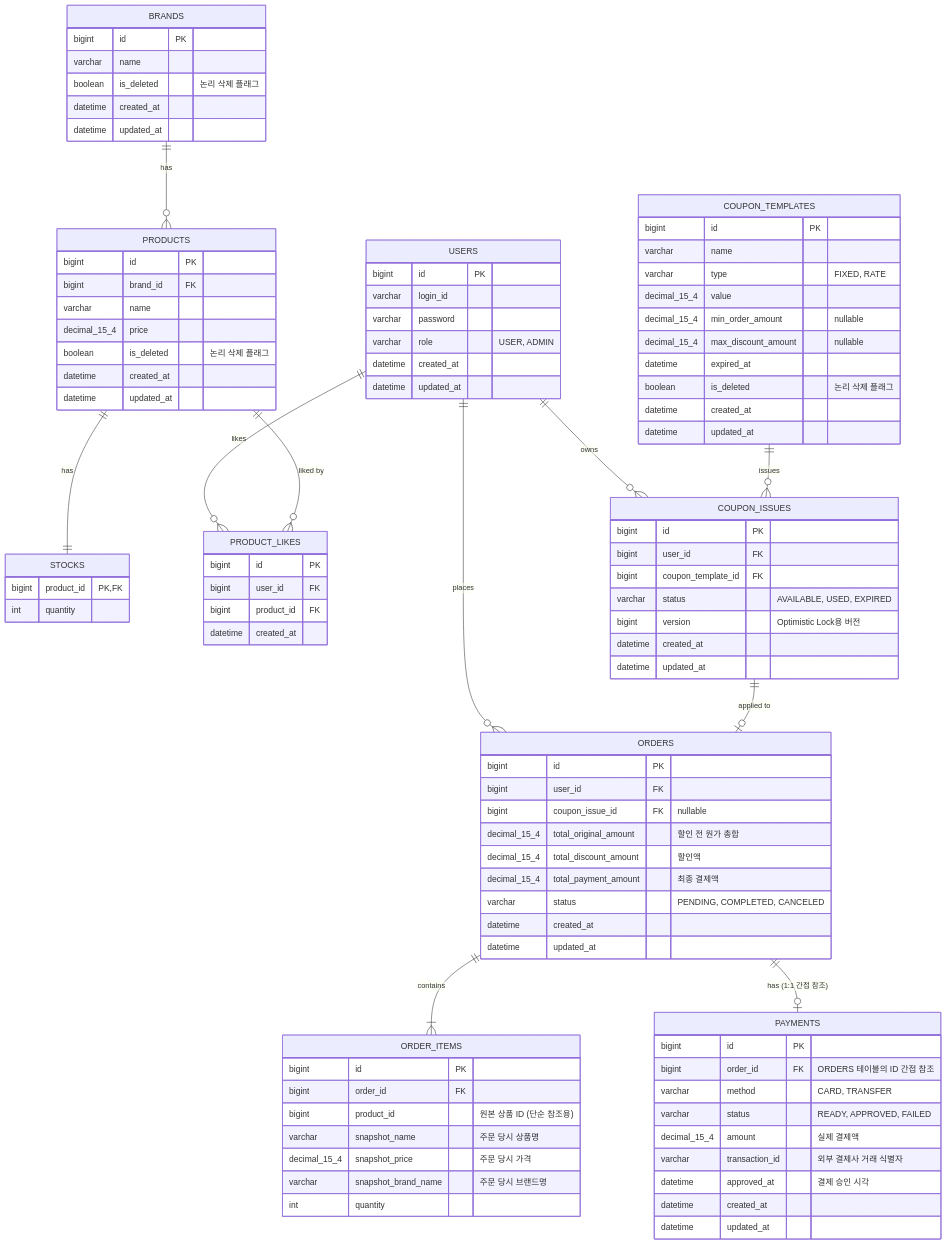
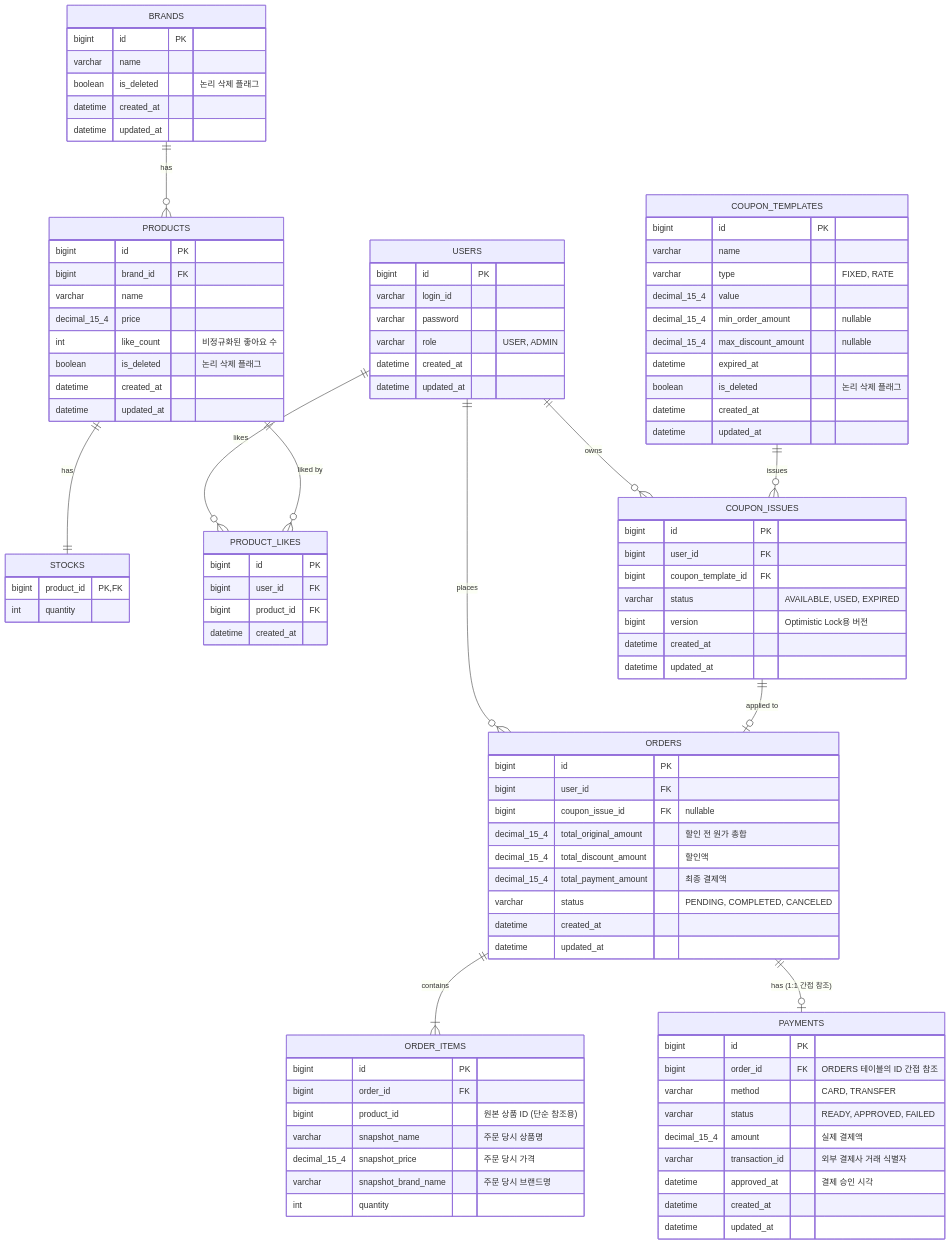
The diagram in docs/week2/04-erd.md (loopers-labs/loop-pack-be-l2-vol4-java), drawn with Mermaid before and after one commit. The commit also changed 3 other files, not shown here.

```diff
--- a/docs/week2/04-erd.md
+++ b/docs/week2/04-erd.md
@@ -22,6 +22,7 @@
         bigint brand_id FK
         varchar name
         decimal_15_4 price
+        int like_count "비정규화된 좋아요 수"
         boolean is_deleted "논리 삭제 플래그"
         datetime created_at
         datetime updated_at
```
